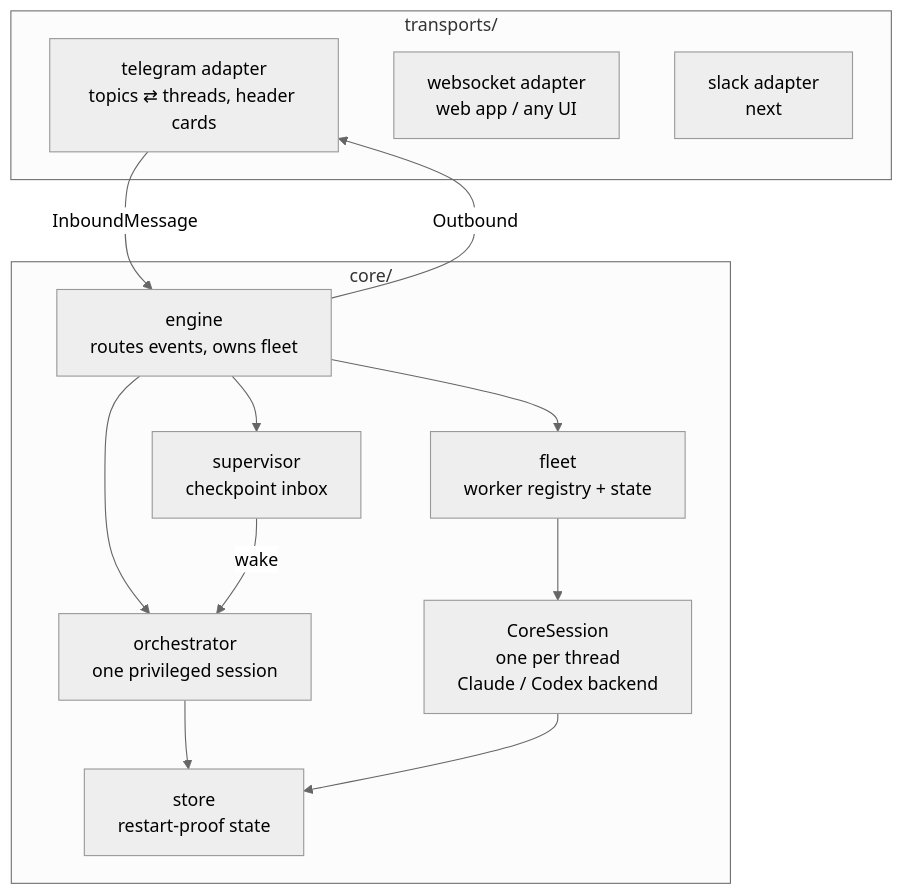
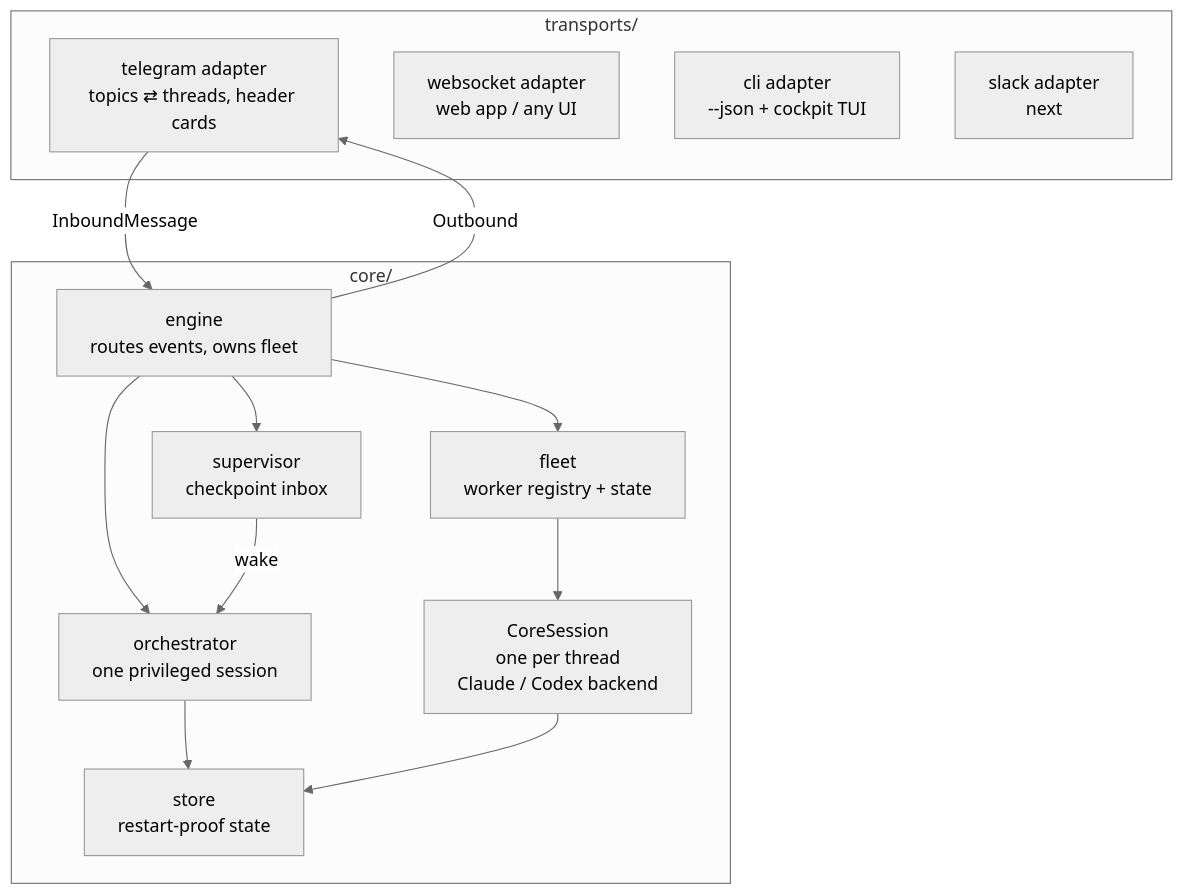
Before and after one commit to Dri-water/be-a-boss: the first of 2 diagrams in docs/architecture.md, drawn with Mermaid (neutral theme). The commit also changed other lines of this file and 12 other files, not shown here.

First line of the commit message:
docs: kill the drift — advertise the CLI/TUI, correct the delivery-gate claim

````diff
--- a/docs/architecture.md
+++ b/docs/architecture.md
@@ -27,22 +27,23 @@
 ```mermaid
 flowchart TB
     subgraph transports/
         TG[telegram adapter<br/>topics ⇄ threads, header cards]
         WS[websocket adapter<br/>web app / any UI]
+        CLI[cli adapter<br/>--json + cockpit TUI]
         SLACK[slack adapter<br/>next]
     end
     subgraph core/
         ENG[engine<br/>routes events, owns fleet]
         ORC[orchestrator<br/>one privileged session]
         FLEET[fleet<br/>worker registry + state]
         CS[CoreSession<br/>one per thread<br/>Claude / Codex backend]
         SUP[supervisor<br/>checkpoint inbox]
         ST[store<br/>restart-proof state]
     end
     TG -- InboundMessage --> ENG
     ENG -- Outbound --> TG
     ENG --> ORC & FLEET & SUP
     FLEET --> CS
     SUP -- wake --> ORC
     ORC & CS --> ST
 ```
````
